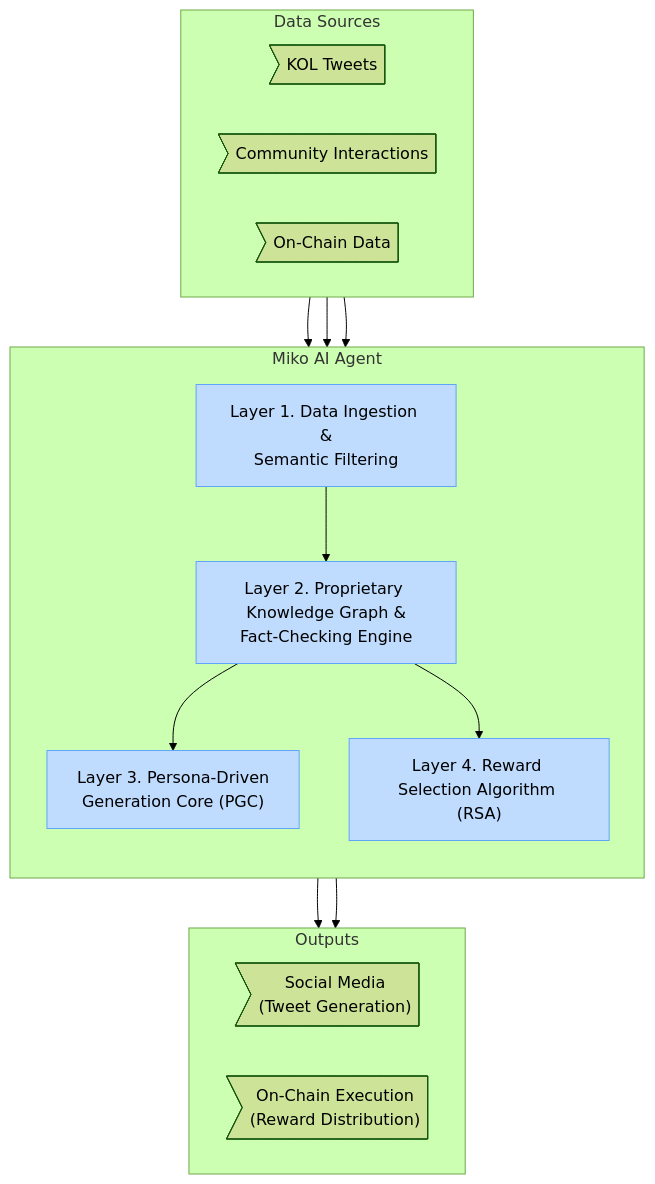
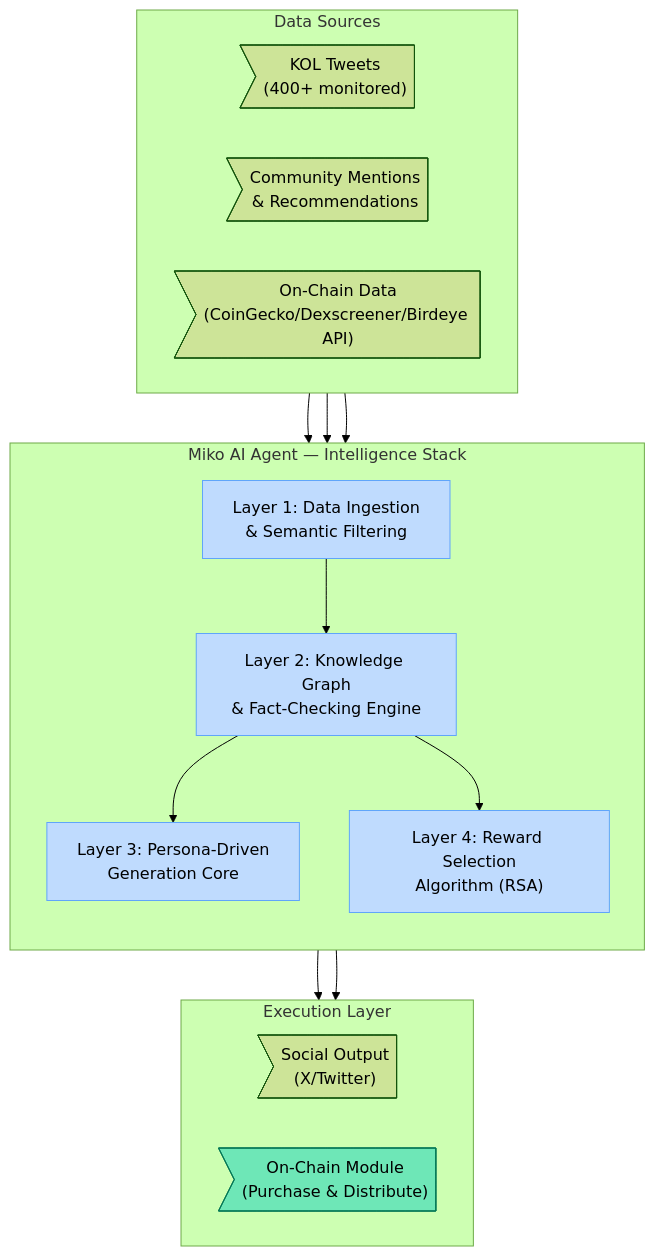
One commit to Miko-Protocol/docs changed the first of 6 diagrams in docs/technical-architecture/ai-architecture.md. Above: the diagram before and after it, drawn with Mermaid (forest theme). The commit also changed other lines of this file and 13 other files, not shown here.

````diff
--- a/docs/technical-architecture/ai-architecture.md
+++ b/docs/technical-architecture/ai-architecture.md
@@ -13,33 +11,34 @@
 ```mermaid
 graph TD
     subgraph D["Data Sources"]
         direction LR
-        DS1>"KOL Tweets"]
-        DS2>"Community Interactions"]
-        DS3>"On-Chain Data"]
+        DS1>"KOL Tweets<br/>(400+ monitored)"]
+        DS2>"Community Mentions<br/>& Recommendations"]
+        DS3>"On-Chain Data<br/>(CoinGecko/Dexscreener/Birdeye API)"]
     end
-    subgraph M["Miko AI Agent"]
+    subgraph M["Miko AI Agent — Intelligence Stack"]
         direction TB
-        L1["Layer 1#46; Data Ingestion &<br/>Semantic Filtering"]
-        L2["Layer 2#46; Proprietary Knowledge Graph &<br/>Fact-Checking Engine"]
-        L3["Layer 3#46; Persona-Driven<br/>Generation Core (PGC)"]
-        L4["Layer 4#46; Reward Selection Algorithm (RSA)"]
+        L1["Layer 1: Data Ingestion<br/>& Semantic Filtering"]
+        L2["Layer 2: Knowledge Graph<br/>& Fact-Checking Engine"]
+        L3["Layer 3: Persona-Driven<br/>Generation Core"]
+        L4["Layer 4: Reward Selection<br/>Algorithm (RSA)"]
         L1 --> L2
         L2 --> L3
         L2 --> L4
     end
-    subgraph O["Outputs"]
+    subgraph X["Execution Layer"]
         direction LR
-        O1>"Social Media<br/>(Tweet Generation)"]
-        O2>"On-Chain Execution<br/>(Reward Distribution)"]
+        X1>"Social Output<br/>(X/Twitter)"]
+        X2>"On-Chain Module<br/>(Purchase & Distribute)"]
     end
     DS1 --> L1
     DS2 --> L1
     DS3 --> L1
-    L3 --> O1
-    L4 --> O2
+    L3 --> X1
+    L4 --> X2
     style L1 fill:#bfdbfe,stroke:#60a5fa
     style L2 fill:#bfdbfe,stroke:#60a5fa
     style L3 fill:#bfdbfe,stroke:#60a5fa
     style L4 fill:#bfdbfe,stroke:#60a5fa
+    style X2 fill:#6ee7b7,stroke:#047857
 ```
````
